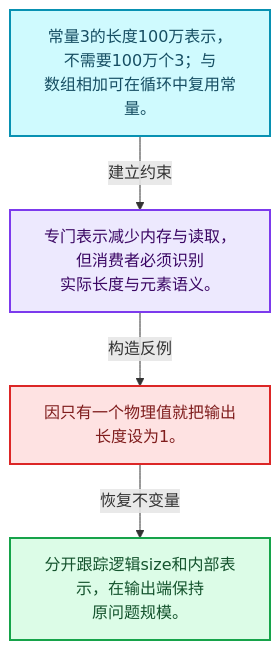
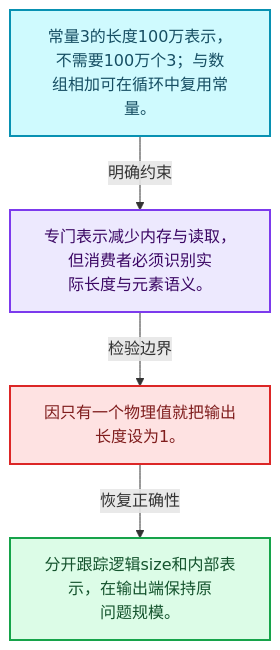
Before and after one commit to yunkezengren/blender-.vscode: the first of 4 diagrams in 杂/markdown/全面学习-codex/04-虚拟数组与索引选择/03-单值与Span表示.md, drawn with Mermaid. The commit also changed other lines of this file and 1930 other files, not shown here.

````diff
--- a/杂/markdown/全面学习-codex/04-虚拟数组与索引选择/03-单值与Span表示.md
+++ b/杂/markdown/全面学习-codex/04-虚拟数组与索引选择/03-单值与Span表示.md
@@ -29,16 +29,16 @@
 ```mermaid
 flowchart TB
-  M["常量3的长度100万表示，不需要100万个3；与<br/>数组相加可在循环中复用常量。"]:::data
-  T["专门表示减少内存与读取，但消费者必须识别<br/>实际长度与元素语义。"]:::abstraction
-  X["因只有一个物理值就把输出长度设为1。"]:::error
-  A["分开跟踪逻辑size和内部表示，在输出端保持<br/>原问题规模。"]:::result
-  M -->|"建立约束"| T
-  T -->|"构造反例"| X
-  X -->|"恢复不变量"| A
+  M["常量3的长度100万表示，不需要100万个3；与数<br/>组相加可在循环中复用常量。"]:::data
+  C["专门表示减少内存与读取，但消费者必须识别实<br/>际长度与元素语义。"]:::abstraction
+  B["因只有一个物理值就把输出长度设为1。"]:::error
+  R["分开跟踪逻辑size和内部表示，在输出端保持原<br/>问题规模。"]:::result
+  M -->|"明确约束"| C
+  C -->|"检验边界"| B
+  B -->|"恢复正确性"| R
   classDef input fill:#DBEAFE,stroke:#2563EB,color:#172554,stroke-width:2px;
   classDef data fill:#CFFAFE,stroke:#0891B2,color:#164E63,stroke-width:2px;
   classDef abstraction fill:#EDE9FE,stroke:#7C3AED,color:#3B0764,stroke-width:2px;
   classDef compute fill:#FEF3C7,stroke:#D97706,color:#78350F,stroke-width:2px;
   classDef result fill:#DCFCE7,stroke:#16A34A,color:#14532D,stroke-width:2px;
   classDef error fill:#FEE2E2,stroke:#DC2626,color:#7F1D1D,stroke-width:2px;
 ```
````
